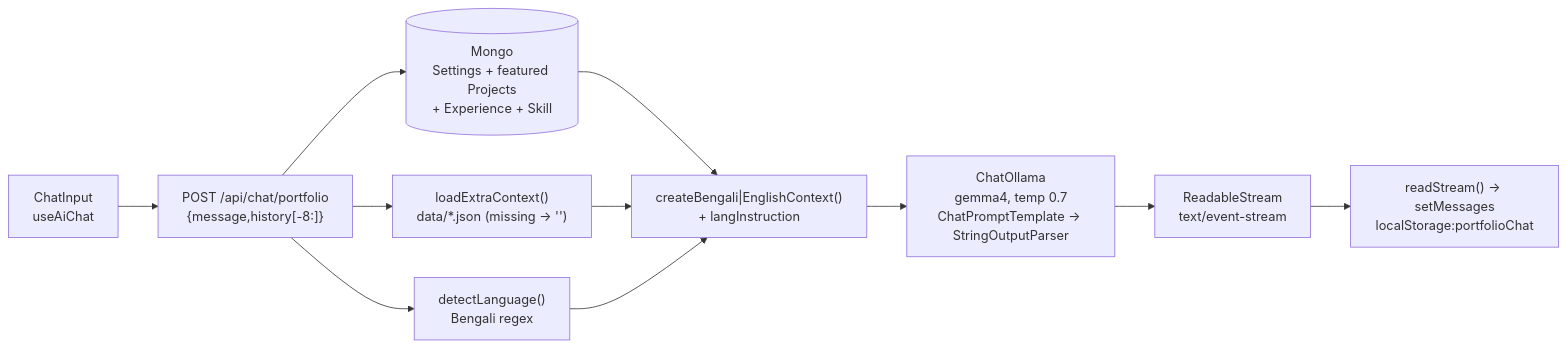
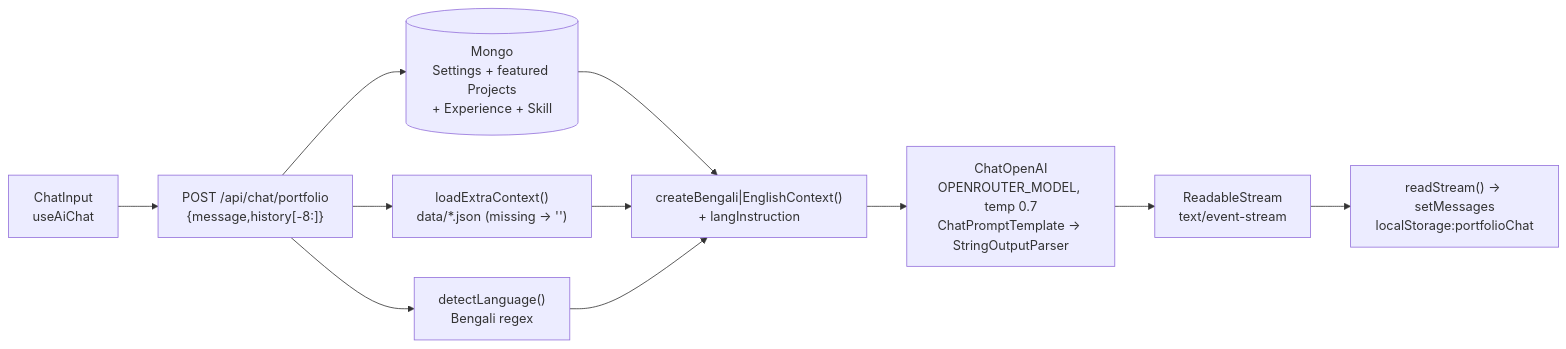
Before and after one commit to Soruj24/complete-ai-portfolio: the fourth of 5 diagrams in README.md, drawn with Mermaid. The commit also changed other lines of this file and 17 other files, not shown here.

First line of the commit message:
feat: migrate from Ollama to OpenRouter for AI functionalities

````diff
--- a/README.md
+++ b/README.md
@@ -375,13 +376,13 @@
 ```mermaid
 flowchart LR
   U["ChatInput<br/>useAiChat"] --> P["POST /api/chat/portfolio<br/>{message,history[-8:]}"]
   P --> M[("Mongo<br/>Settings + featured Projects<br/>+ Experience + Skill")]
   P --> D["loadExtraContext()<br/>data/*.json (missing → '')"]
   P --> L["detectLanguage()<br/>Bengali regex"]
   M --> C["createBengali|EnglishContext()<br/>+ langInstruction"]
   D --> C
   L --> C
-  C --> O["ChatOllama<br/>gemma4, temp 0.7<br/>ChatPromptTemplate → StringOutputParser"]
+  C --> O["ChatOpenAI<br/>OPENROUTER_MODEL, temp 0.7<br/>ChatPromptTemplate → StringOutputParser"]
   O --> S["ReadableStream<br/>text/event-stream"]
   S --> R["readStream() → setMessages<br/>localStorage:portfolioChat"]
 ```
````
